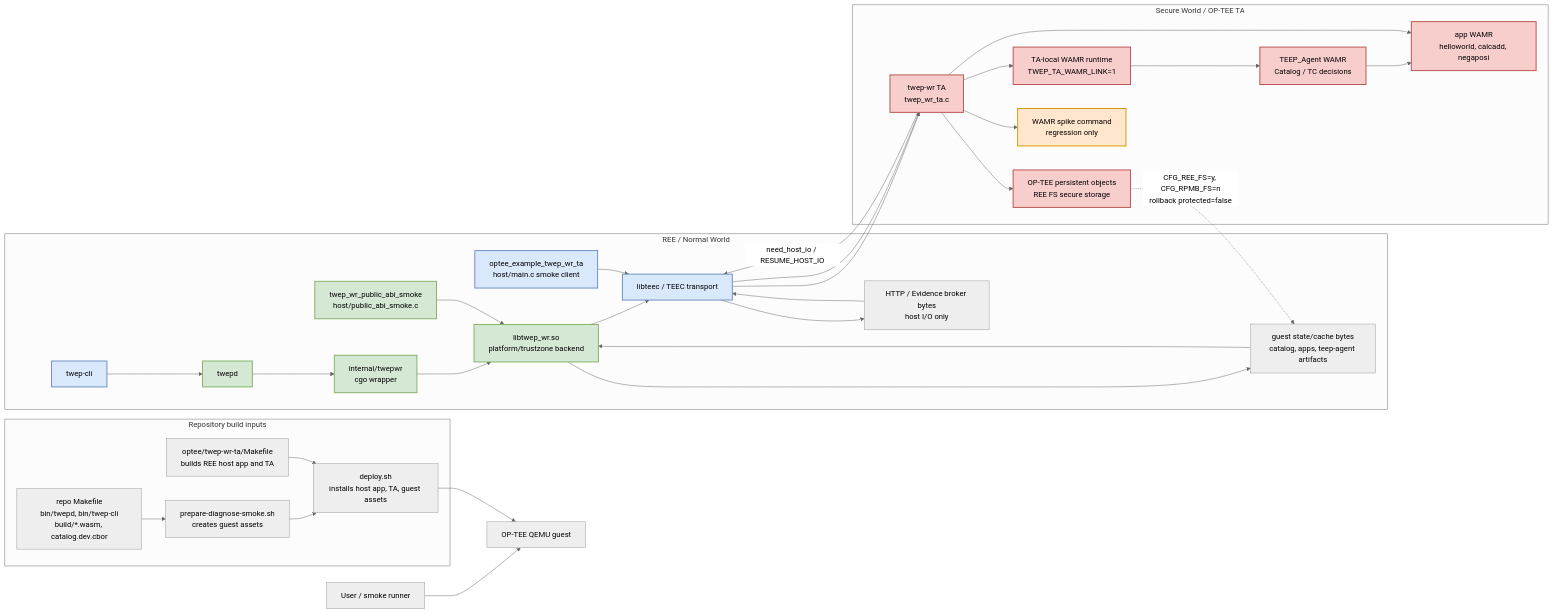
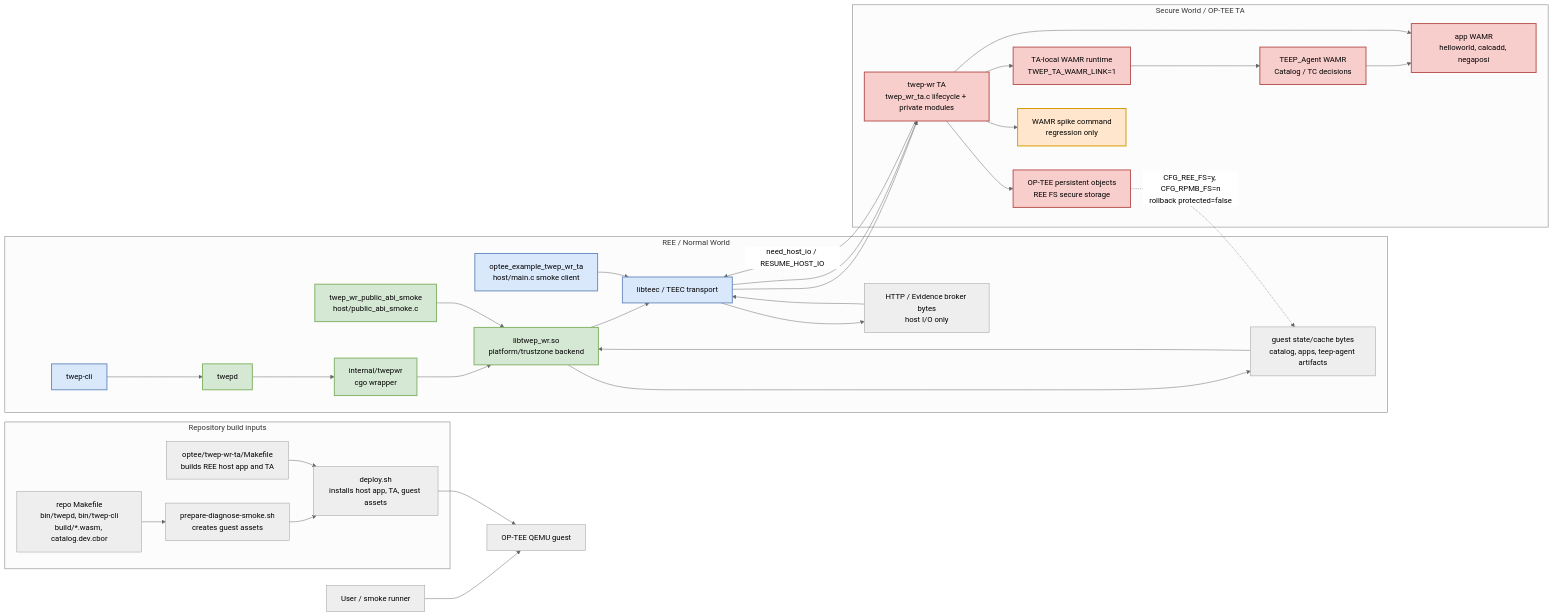
The first of 3 diagrams in optee/twep-wr-ta/ARCHITECTURE.md (s-miyazawa/twep-system), drawn with Mermaid (neutral theme) before and after one commit. The commit also changed other lines of this file and 22 other files, not shown here.

Commit message:
refactor: separate verified flows and TA lifecycle

````diff
--- a/optee/twep-wr-ta/ARCHITECTURE.md
+++ b/optee/twep-wr-ta/ARCHITECTURE.md
@@ -29,78 +29,78 @@
 ```mermaid
 flowchart LR
     user["User / smoke runner"]
     qemu["OP-TEE QEMU guest"]
 
     subgraph repo["Repository build inputs"]
         rootbuild["repo Makefile\nbin/twepd, bin/twep-cli\nbuild/*.wasm, catalog.dev.cbor"]
         prepare["prepare-diagnose-smoke.sh\ncreates guest assets"]
         opteemake["optee/twep-wr-ta/Makefile\nbuilds REE host app and TA"]
         deploy["deploy.sh\ninstalls host app, TA, guest assets"]
     end
 
     subgraph ree["REE / Normal World"]
         cli["twep-cli"]
         twepd["twepd"]
         cgo["internal/twepwr\ncgo wrapper"]
         libwr["libtwep_wr.so\nplatform/trustzone backend"]
         smokeapp["optee_example_twep_wr_ta\nhost/main.c smoke client"]
         publicabi["twep_wr_public_abi_smoke\nhost/public_abi_smoke.c"]
         teec["libteec / TEEC transport"]
         state["guest state/cache bytes\ncatalog, apps, teep-agent artifacts"]
         http["HTTP / Evidence broker bytes\nhost I/O only"]
     end
 
     subgraph secure["Secure World / OP-TEE TA"]
-        ta["twep-wr TA\ntwep_wr_ta.c"]
+        ta["twep-wr TA\ntwep_wr_ta.c lifecycle + private modules"]
         storage["OP-TEE persistent objects\nREE FS secure storage"]
         wamrnote["TA-local WAMR runtime\nTWEP_TA_WAMR_LINK=1"]
         teep["TEEP_Agent WAMR\nCatalog / TC decisions"]
         appwasm["app WAMR\nhelloworld, calcadd, negaposi"]
         spike["WAMR spike command\nregression only"]
     end
 
     rootbuild --> prepare
     prepare --> deploy
     opteemake --> deploy
     user --> qemu
     deploy --> qemu
 
     %% Production public path.
     cli --> twepd
     twepd --> cgo
     cgo --> libwr
     libwr --> teec
 
     %% Public ABI smoke enters the same C ABI boundary without twepd.
     publicabi --> libwr
 
     %% Direct TA smoke bypasses twepd and libtwep_wr.so.
     smokeapp --> teec
     teec --> ta
 
     %% TA-local production runtime and regression spike are separate.
     ta --> storage
     ta --> wamrnote
     wamrnote --> teep
     teep --> appwasm
     ta --> appwasm
     ta --> spike
 
     state --> libwr
     libwr --> state
     ta -->|"need_host_io / RESUME_HOST_IO"| teec
     teec --> http
     http --> teec
     teec --> ta
 
     storage -.->|"CFG_REE_FS=y, CFG_RPMB_FS=n\nrollback protected=false"| state
 
     classDef prod fill:#d5e8d4,stroke:#82b366,stroke-width:2px;
     classDef smoke fill:#dae8fc,stroke:#6c8ebf,stroke-width:2px;
     classDef spike fill:#ffe6cc,stroke:#d79b00,stroke-width:2px;
     classDef secure fill:#f8cecc,stroke:#b85450,stroke-width:2px;
     class twepd,cgo,libwr,publicabi prod;
     class cli,smokeapp,teec smoke;
     class spike spike;
     class ta,teep,appwasm,storage,wamrnote secure;
 ```
````
